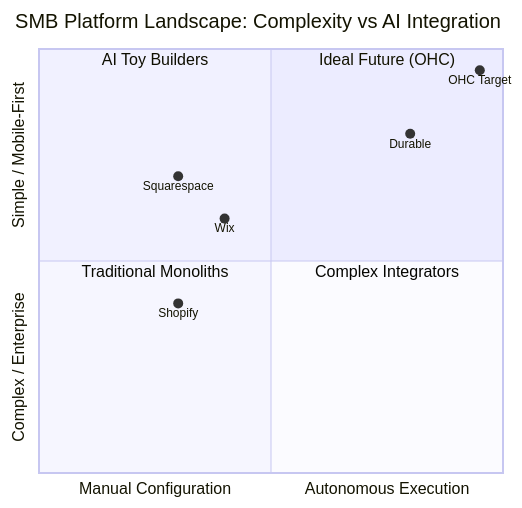
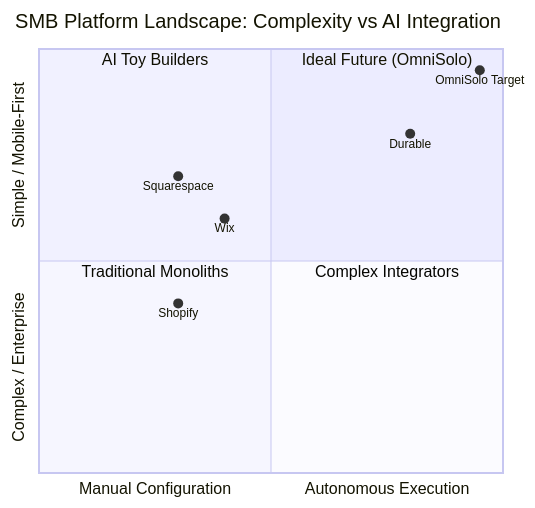
One commit to omnisolo-llc/onehumancorp changed the first of 2 diagrams in docs/business/market_research/agentic_autonomous_website_builders_smb_platform_gap_analysis.md. Above: the diagram before and after it, drawn with Mermaid. The commit also changed other lines of this file and 2191 other files, not shown here.

Commit message:
feat: complete OmniSolo rename and browser audit

````diff
--- a/docs/business/market_research/agentic_autonomous_website_builders_smb_platform_gap_analysis.md
+++ b/docs/business/market_research/agentic_autonomous_website_builders_smb_platform_gap_analysis.md
@@ -68,15 +68,15 @@
 ```mermaid
 quadrantChart
     title SMB Platform Landscape: Complexity vs AI Integration
     x-axis "Manual Configuration" --> "Autonomous Execution"
     y-axis "Complex / Enterprise" --> "Simple / Mobile-First"
-    quadrant-1 "Ideal Future (OHC)"
+    quadrant-1 "Ideal Future (OmniSolo)"
     quadrant-2 "AI Toy Builders"
     quadrant-3 "Traditional Monoliths"
     quadrant-4 "Complex Integrators"
     "Shopify": [0.3, 0.4]
     "Wix": [0.4, 0.6]
     "Durable": [0.8, 0.8]
-    "OHC Target": [0.95, 0.95]
+    "OmniSolo Target": [0.95, 0.95]
     "Squarespace": [0.3, 0.7]
 ```
````
